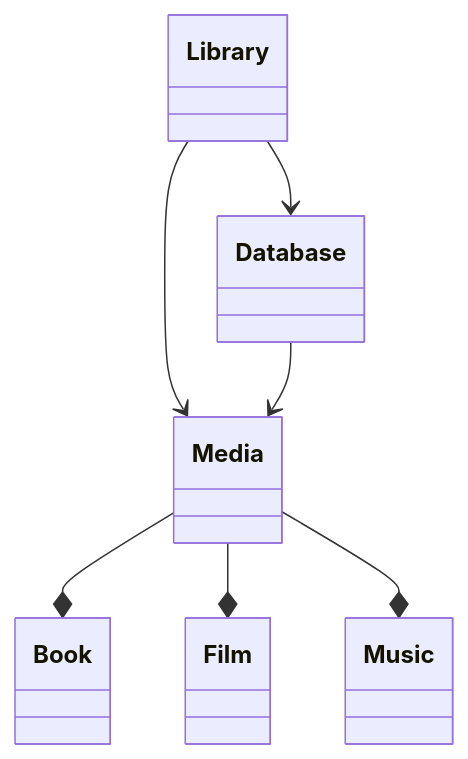
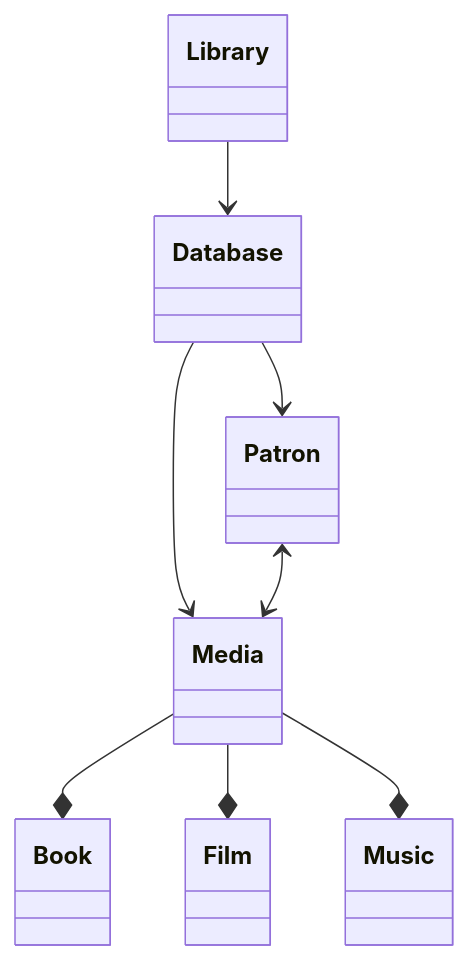
The diagram in ClassDiagram.md (btweedster/Library_Test_Project), drawn with Mermaid before and after one commit. The commit also changed 7 other files, not shown here.

````diff
--- a/ClassDiagram.md
+++ b/ClassDiagram.md
@@ -1,34 +1,39 @@
 ```mermaid
 classDiagram
     Direction LR
     Library --> Database
-    Library --> Media
     Database --> Media
+    Database --> Patron
+    Patron <--> Media
     Media --* Book
     Media --* Film
     Media --* Music
     
     class Library {
 
     }
 
     class Database {
+
+    }
+
+    class Patron {
 
     }
 
     class Media {
 
     }
 
     class Book {
 
     }
 
     class Film {
 
     }
 
     class Music {
 
     }
 ```
````
